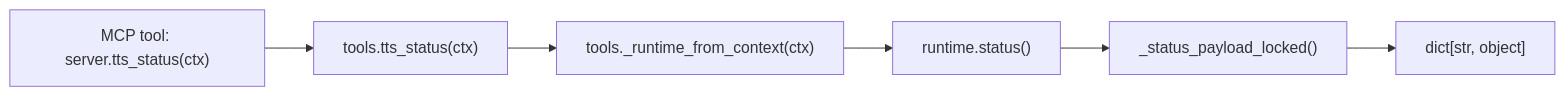
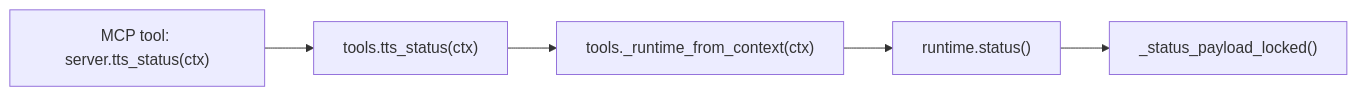
Before and after one commit to gaelic-ghost/speak-to-user: the third of 6 diagrams in WORKFLOWS.md, drawn with Mermaid. The commit also changed other lines of this file and 9 other files, not shown here.

Commit message:
Simplify speech pipeline and stdio flow

````diff
--- a/WORKFLOWS.md
+++ b/WORKFLOWS.md
@@ -72,8 +37,7 @@
 ```mermaid
 flowchart LR
     A["MCP tool: server.tts_status(ctx)"] --> B["tools.tts_status(ctx)"]
     B --> C["tools._runtime_from_context(ctx)"]
     C --> D["runtime.status()"]
     D --> E["_status_payload_locked()"]
-    E --> F["dict[str, object]"]
 ```
````
